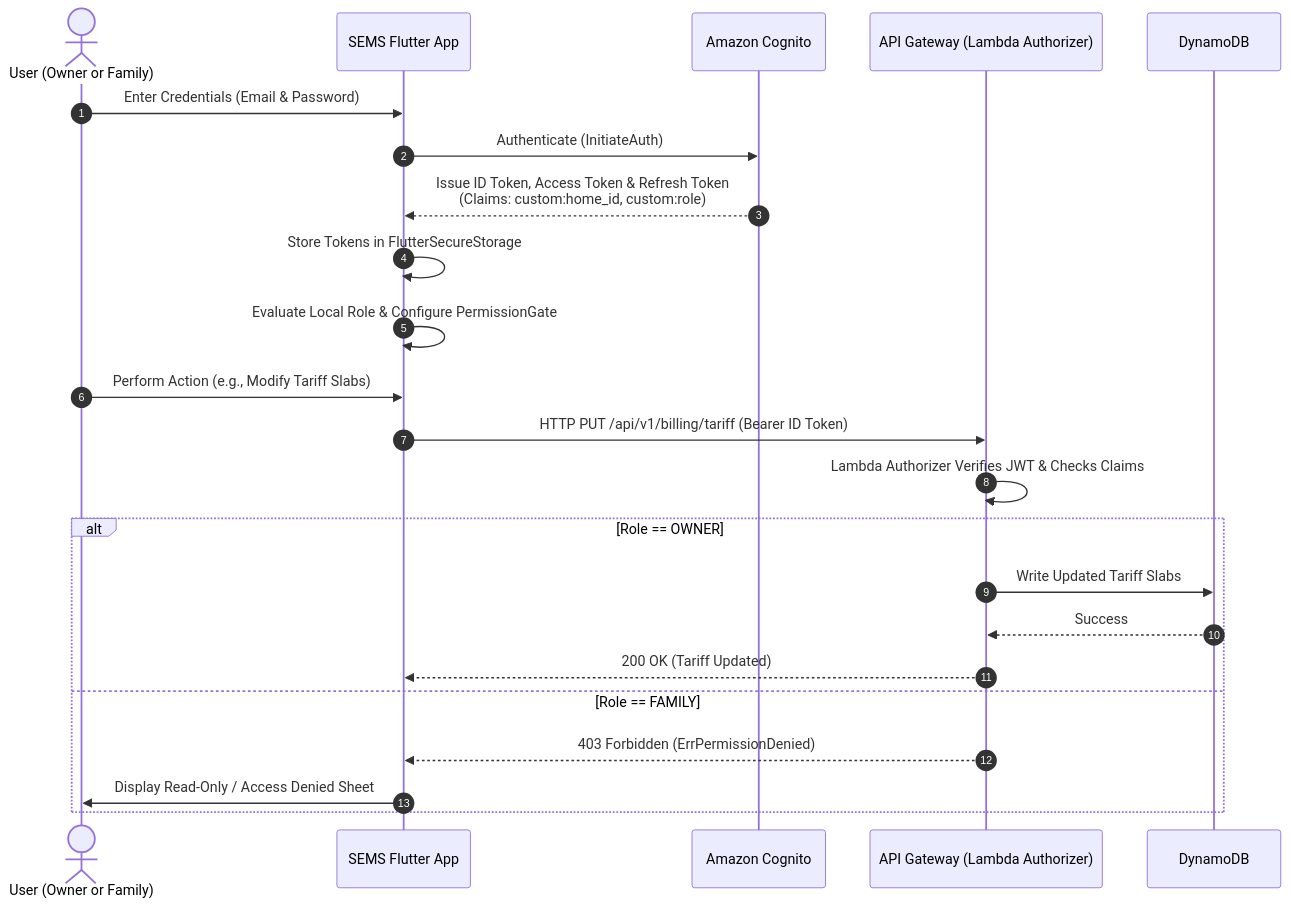
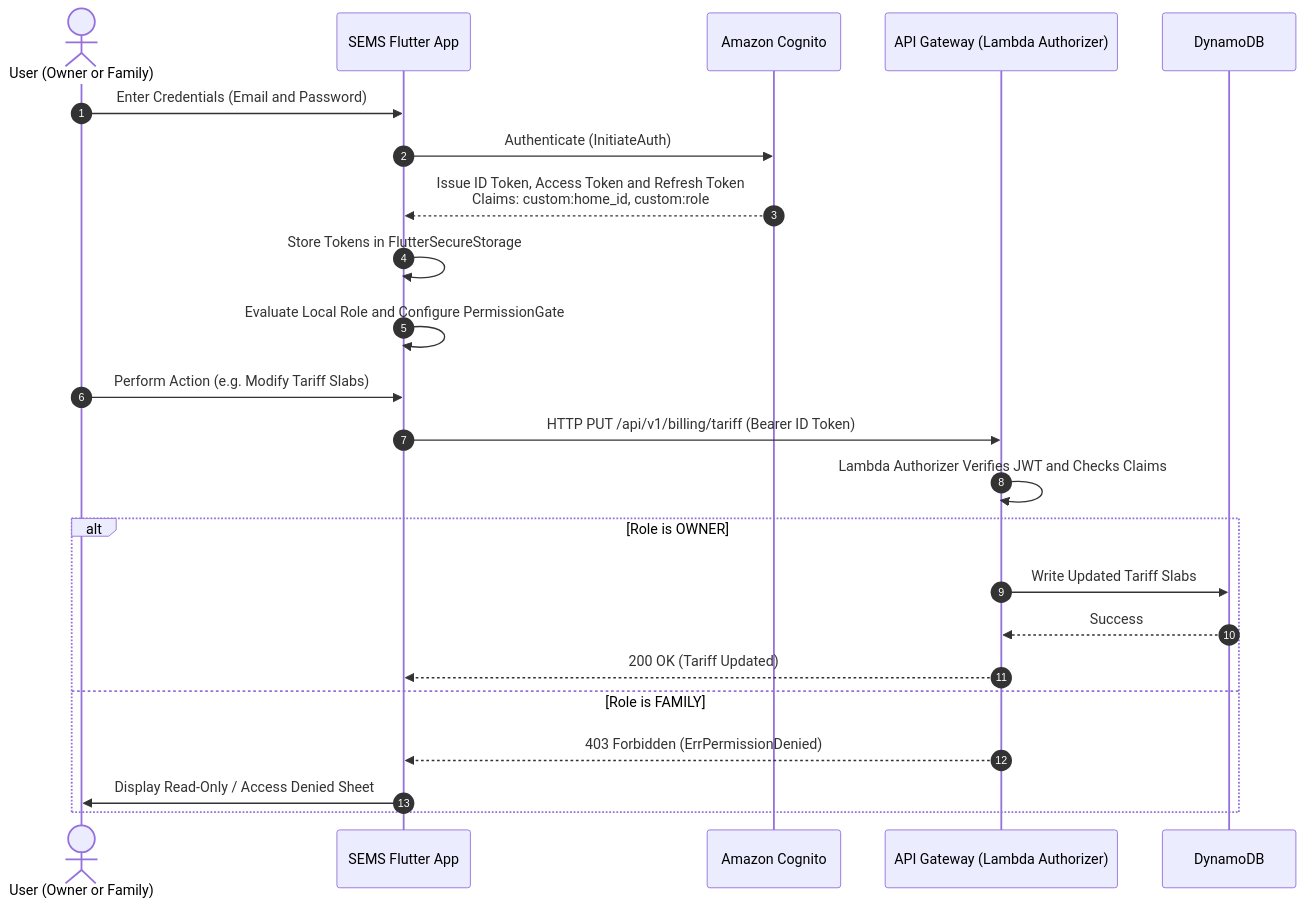
Before and after one commit to VimalChaudhary07/SEMS: the second of 11 diagrams in README.md, drawn with Mermaid. The commit also changed other lines of this file and 5 other files, not shown here.

````diff
--- a/README.md
+++ b/README.md
@@ -306,27 +309,27 @@
 ```mermaid
 sequenceDiagram
     autonumber
     actor User as User (Owner or Family)
     participant App as SEMS Flutter App
     participant Cognito as Amazon Cognito
     participant APIGW as API Gateway (Lambda Authorizer)
     participant Dynamo as DynamoDB
 
-    User->>App: Enter Credentials (Email & Password)
+    User->>App: Enter Credentials (Email and Password)
     App->>Cognito: Authenticate (InitiateAuth)
-    Cognito-->>App: Issue ID Token, Access Token & Refresh Token<br/>(Claims: custom:home_id, custom:role)
+    Cognito-->>App: Issue ID Token, Access Token and Refresh Token<br/>Claims: custom:home_id, custom:role
     App->>App: Store Tokens in FlutterSecureStorage
-    App->>App: Evaluate Local Role & Configure PermissionGate
+    App->>App: Evaluate Local Role and Configure PermissionGate
 
-    User->>App: Perform Action (e.g., Modify Tariff Slabs)
+    User->>App: Perform Action (e.g. Modify Tariff Slabs)
     App->>APIGW: HTTP PUT /api/v1/billing/tariff (Bearer ID Token)
-    APIGW->>APIGW: Lambda Authorizer Verifies JWT & Checks Claims
-    alt Role == OWNER
+    APIGW->>APIGW: Lambda Authorizer Verifies JWT and Checks Claims
+    alt Role is OWNER
         APIGW->>Dynamo: Write Updated Tariff Slabs
         Dynamo-->>APIGW: Success
         APIGW-->>App: 200 OK (Tariff Updated)
-    else Role == FAMILY
+    else Role is FAMILY
         APIGW-->>App: 403 Forbidden (ErrPermissionDenied)
         App->>User: Display Read-Only / Access Denied Sheet
     end
 ```
````
